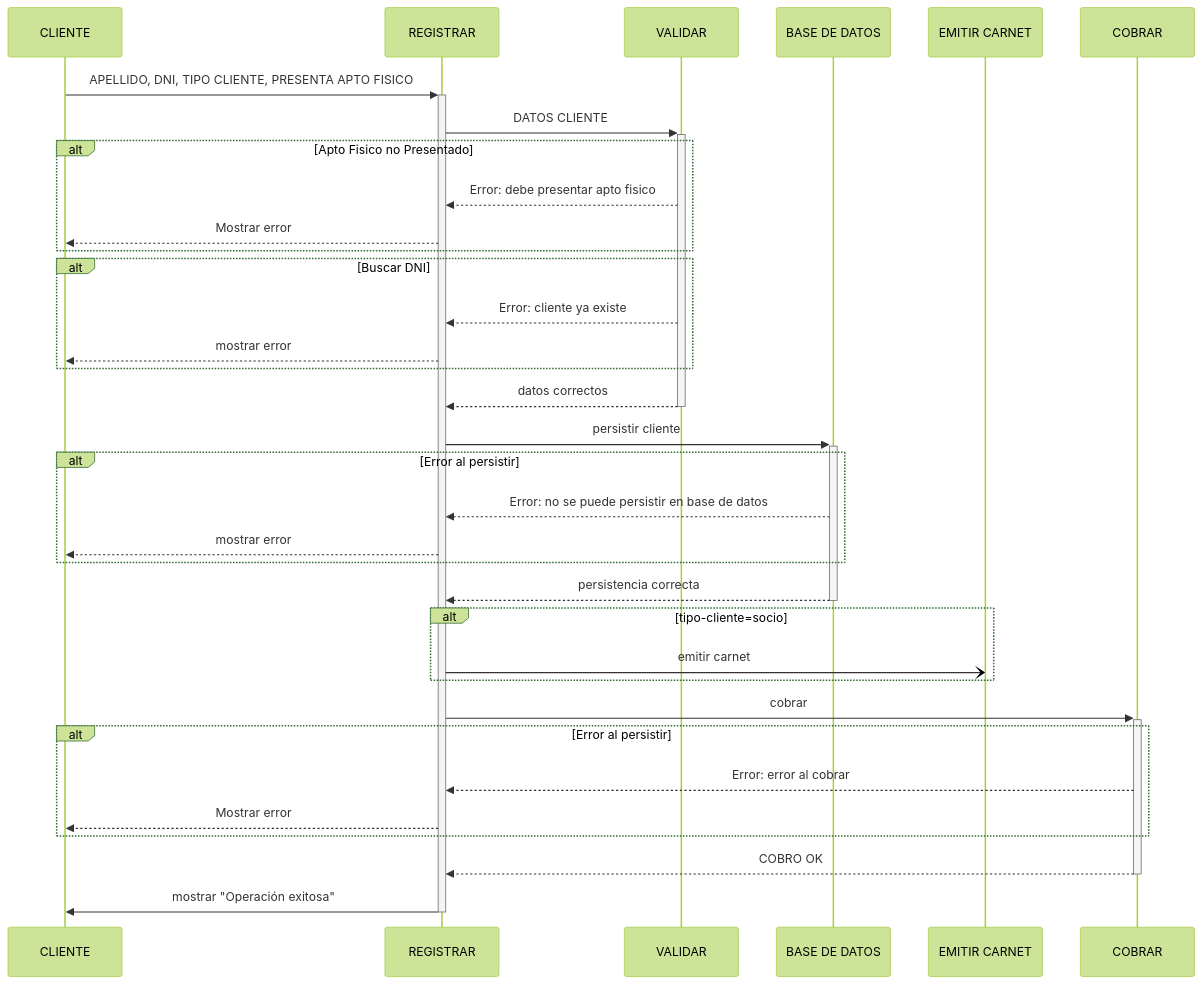
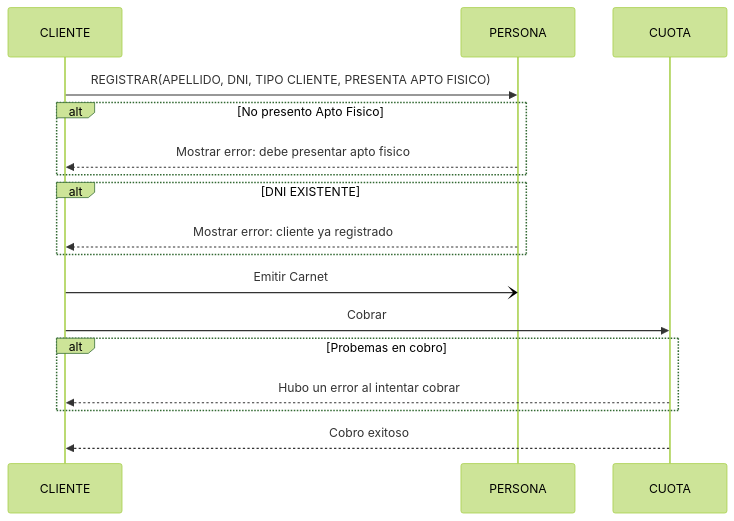
One commit to itfs29/2024-modelado changed the second of 2 diagrams in tpi/tp-integradoc.adoc. Above: the diagram before and after it, drawn with Mermaid (forest theme). The commit also changed 2 other files, not shown here.

Commit message:
modificacion tpi

```diff
--- a/tpi/tp-integradoc.adoc
+++ b/tpi/tp-integradoc.adoc
@@ -112,33 +112,19 @@
 [mermaid, target=k503774163, svg]
 ....
+sequenceDiagram
 
-sequenceDiagram
-    
-    CLIENTE->>+REGISTRAR: APELLIDO, DNI, TIPO CLIENTE, PRESENTA APTO FISICO
-    REGISTRAR->>+VALIDAR: DATOS CLIENTE
-    alt Apto Fisico no Presentado
-        VALIDAR-->>REGISTRAR: Error: debe presentar apto fisico
-        REGISTRAR-->>CLIENTE: Mostrar error
+    CLIENTE->>PERSONA: REGISTRAR(APELLIDO, DNI, TIPO CLIENTE, PRESENTA APTO FISICO)
+    alt No presento Apto Fisico 
+        PERSONA-->>CLIENTE: Mostrar error: debe presentar apto fisico
     end
-    alt Buscar DNI
-        VALIDAR-->>REGISTRAR: Error: cliente ya existe
-        REGISTRAR-->>CLIENTE: mostrar error
+    alt DNI EXISTENTE
+        PERSONA-->>CLIENTE: Mostrar error: cliente ya registrado
     end
-    VALIDAR-->>-REGISTRAR: datos correctos
-    REGISTRAR->>+BASE DE DATOS: persistir cliente
-    alt Error al persistir
-        BASE DE DATOS-->>REGISTRAR: Error: no se puede persistir en base de datos
-        REGISTRAR-->>CLIENTE: mostrar error
+    CLIENTE-)PERSONA: Emitir Carnet
+    CLIENTE->>CUOTA: Cobrar
+    alt Probemas en cobro
+        CUOTA-->>CLIENTE: Hubo un error al intentar cobrar
     end
-    BASE DE DATOS-->>-REGISTRAR: persistencia correcta
-    alt tipo-cliente=socio
-        REGISTRAR-)EMITIR CARNET: emitir carnet
-    end
-    REGISTRAR->>+COBRAR: cobrar
-    alt Error al persistir
-        COBRAR-->>REGISTRAR: Error: error al cobrar
-        REGISTRAR-->>CLIENTE: Mostrar error
-    end
-    COBRAR-->>-REGISTRAR: COBRO OK
-    REGISTRAR->>-CLIENTE: mostrar "Operación exitosa"
+    CUOTA-->>CLIENTE: Cobro exitoso
+
 ....
```
